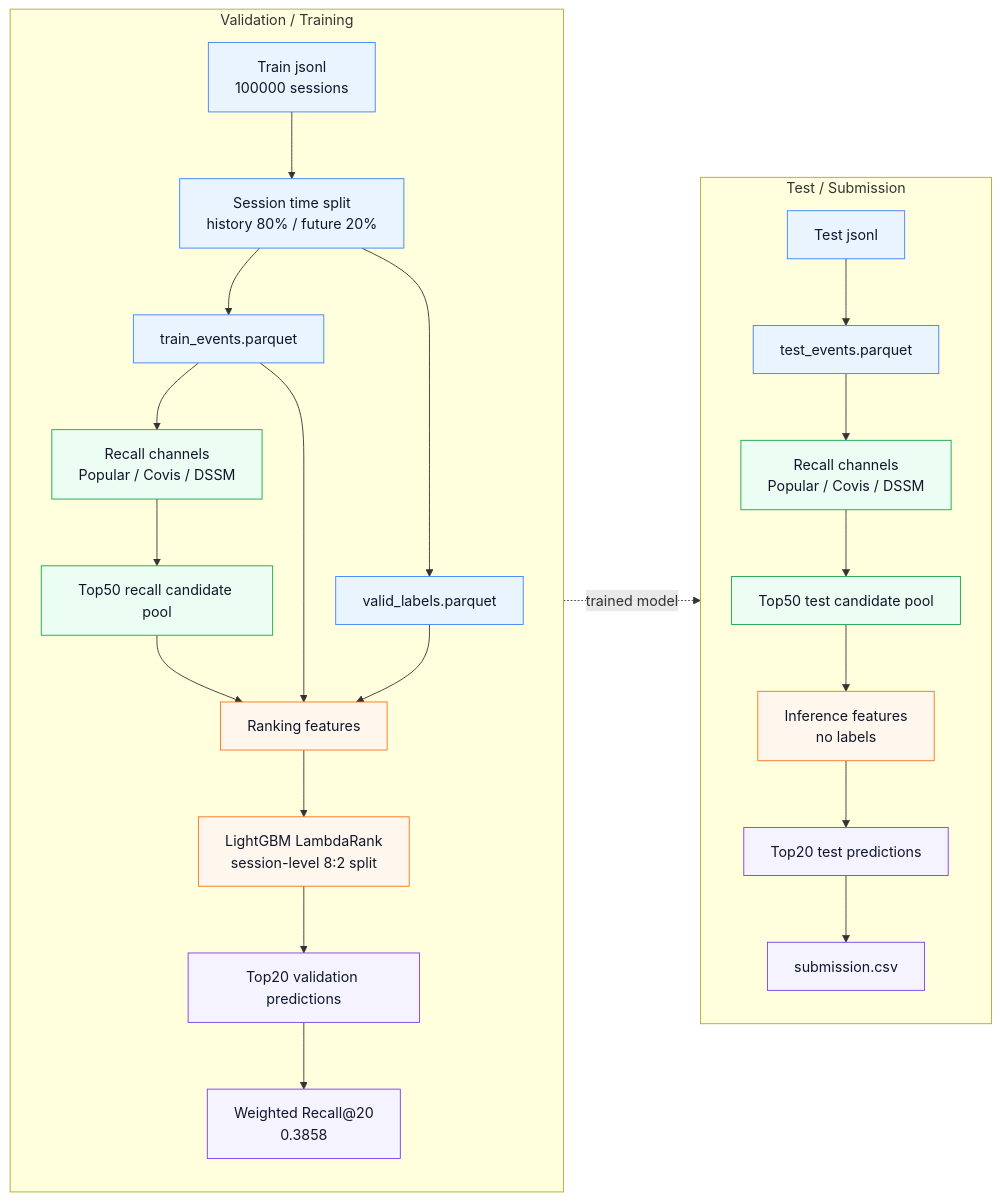
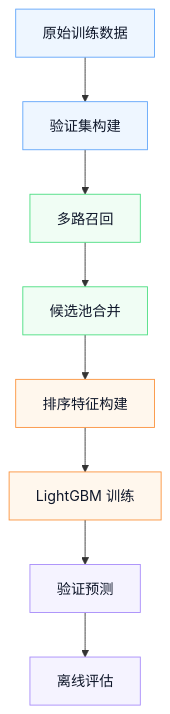
One commit to wbn11/otto-recommender-system changed the first of 2 diagrams in README.md. Above: the diagram before and after it, drawn with Mermaid. The commit also changed other lines of this file and 1 other file, not shown here.

Commit message:
docs: simplify project documentation

````diff
--- a/README.md
+++ b/README.md
@@ -71,38 +75,20 @@
 ```mermaid
-flowchart LR
-    subgraph V["Validation / Training"]
-        direction TB
-        A["Train jsonl<br/>100000 sessions"] --> B["Session time split<br/>history 80% / future 20%"]
-        B --> C["train_events.parquet"]
-        B --> D["valid_labels.parquet"]
-        C --> E["Recall channels<br/>Popular / Covis / DSSM"]
-        E --> F["Top50 recall candidate pool"]
-        C --> G["Ranking features"]
-        D --> G
-        F --> G
-        G --> H["LightGBM LambdaRank<br/>session-level 8:2 split"]
-        H --> I["Top20 validation predictions"]
-        I --> J["Weighted Recall@20<br/>0.3858"]
-    end
+flowchart TD
+    A["原始训练数据"] --> B["验证集构建"]
+    B --> C["多路召回"]
+    C --> D["候选池合并"]
+    D --> E["排序特征构建"]
+    E --> F["LightGBM 训练"]
+    F --> G["验证预测"]
+    G --> H["离线评估"]
 
-    subgraph T["Test / Submission"]
-        direction TB
-        K["Test jsonl"] --> L["test_events.parquet"]
-        L --> M["Recall channels<br/>Popular / Covis / DSSM"]
-        M --> N["Top50 test candidate pool"]
-        N --> O["Inference features<br/>no labels"]
-        H -.->|trained model| O
-        O --> P["Top20 test predictions"]
-        P --> Q["submission.csv"]
-    end
+    classDef data fill:#eef6ff,stroke:#60a5fa,color:#0f172a;
+    classDef recall fill:#f0fdf4,stroke:#4ade80,color:#0f172a;
+    classDef rank fill:#fff7ed,stroke:#fb923c,color:#0f172a;
+    classDef output fill:#f5f3ff,stroke:#a78bfa,color:#0f172a;
 
-    classDef data fill:#eaf4ff,stroke:#3b82f6,color:#0f172a;
-    classDef recall fill:#ecfdf3,stroke:#16a34a,color:#0f172a;
-    classDef rank fill:#fff7ed,stroke:#f97316,color:#0f172a;
-    classDef output fill:#f5f3ff,stroke:#7c3aed,color:#0f172a;
-
-    class A,B,C,D,K,L data;
-    class E,F,M,N recall;
-    class G,H,O rank;
-    class I,J,P,Q output;
+    class A,B data;
+    class C,D recall;
+    class E,F rank;
+    class G,H output;
 ```
````
